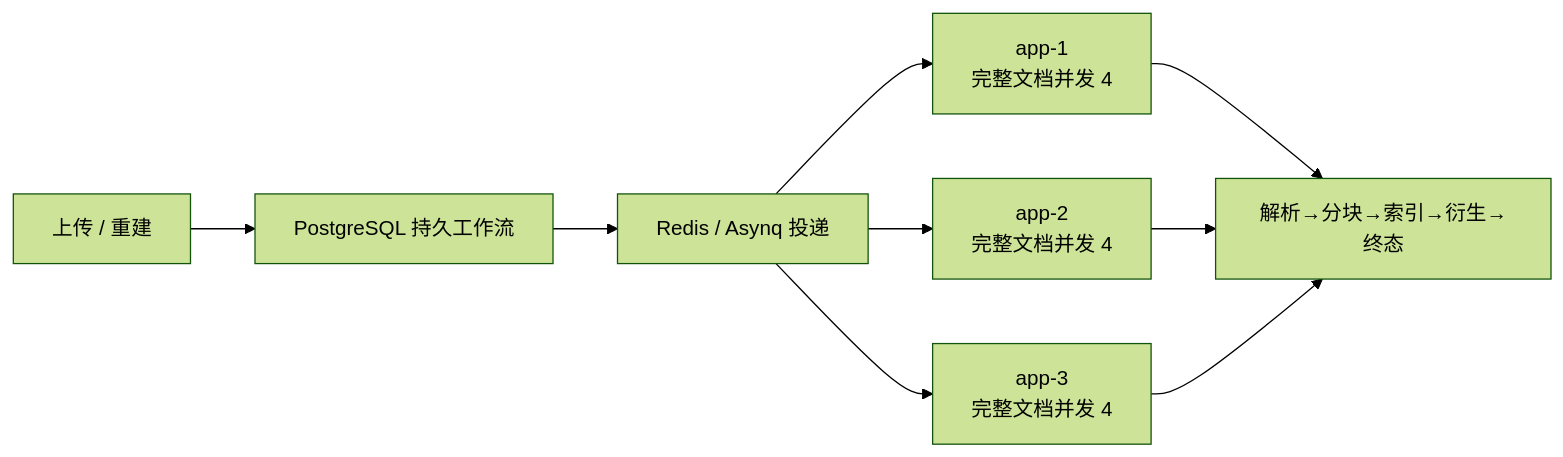
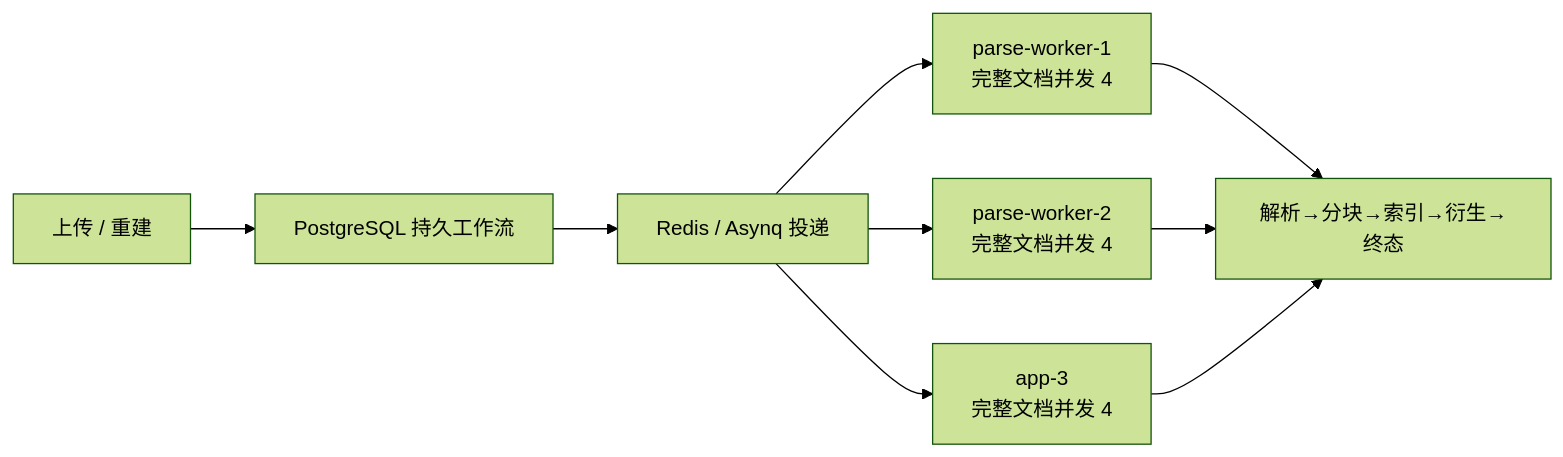
The second of 2 diagrams in README.md (Meaninles/wekno), drawn with Mermaid (forest theme) before and after one commit. The commit also changed other lines of this file and 26 other files, not shown here.

````diff
--- a/README.md
+++ b/README.md
@@ -113,11 +115,11 @@
 ```mermaid
 flowchart LR
     In["上传 / 重建"] --> WF["PostgreSQL 持久工作流"]
     WF --> Q["Redis / Asynq 投递"]
-    Q --> A1["app-1\n完整文档并发 4"]
-    Q --> A2["app-2\n完整文档并发 4"]
+    Q --> A1["parse-worker-1\n完整文档并发 4"]
+    Q --> A2["parse-worker-2\n完整文档并发 4"]
     Q --> A3["app-3\n完整文档并发 4"]
     A1 --> P["解析→分块→索引→衍生→终态"]
     A2 --> P
     A3 --> P
 ```
````
